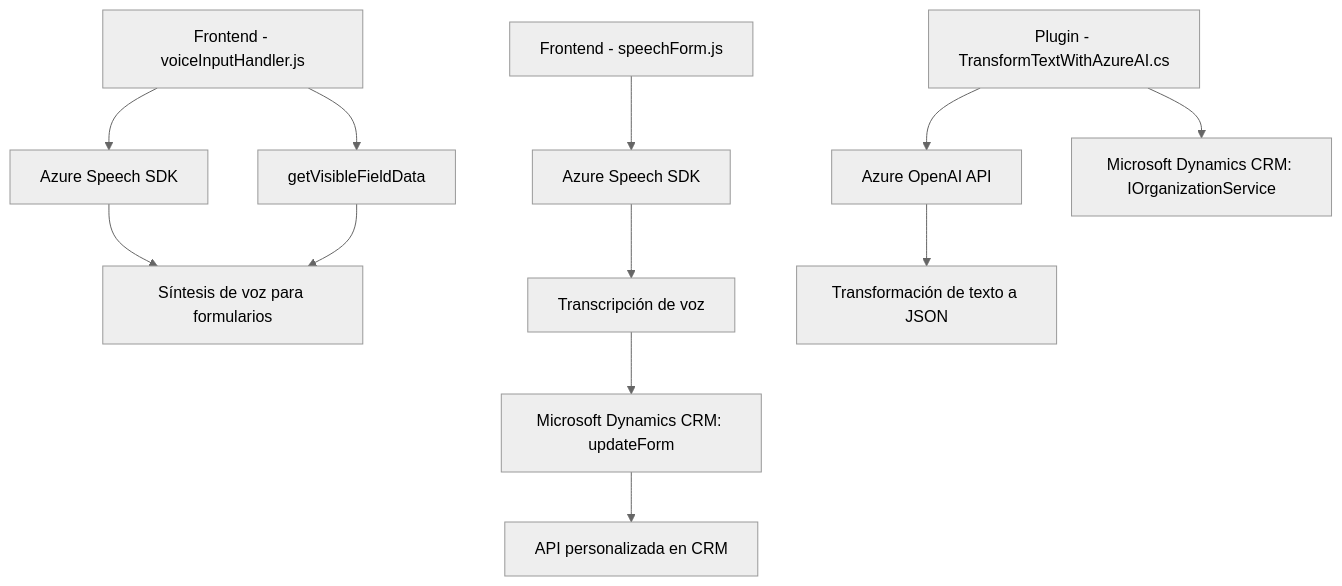
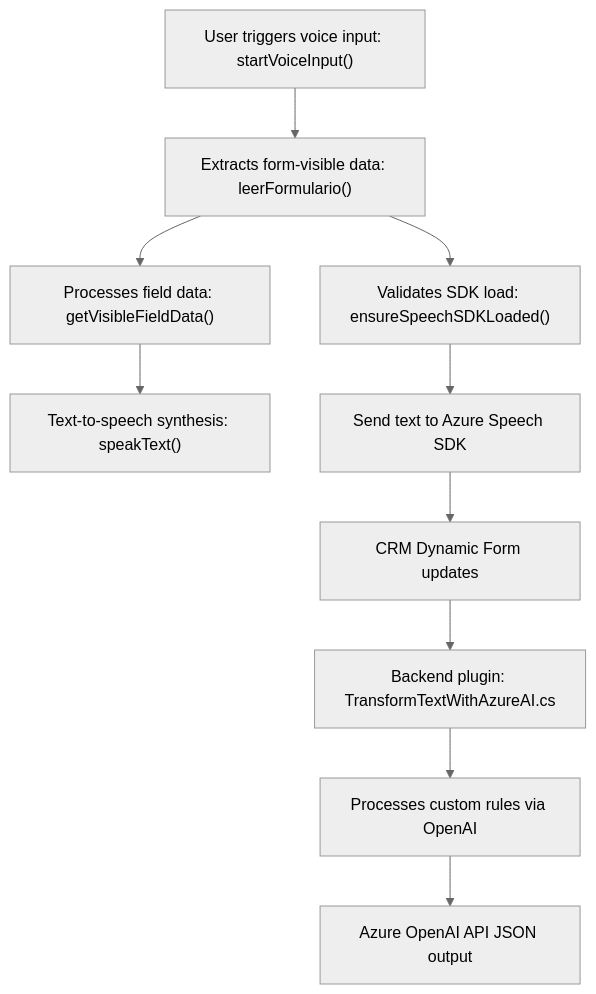
One commit to blopezdm/NETCORE_BILBAO2025 changed the diagram in README.md. Above: the diagram before and after it, drawn with Mermaid (neutral theme). The commit also changed other lines of this file, not shown here.

````diff
--- a/README.md
+++ b/README.md
@@ -51,16 +49,23 @@
 ```mermaid
 graph TD
-  A["Frontend - voiceInputHandler.js"] --> B["Azure Speech SDK"]
-  B --> C["Síntesis de voz para formularios"]
-  A --> D["getVisibleFieldData"]
-  D --> C
+    A["User triggers voice input: startVoiceInput()"]
+    B["Extracts form-visible data: leerFormulario()"]
+    C["Validates SDK load: ensureSpeechSDKLoaded()"]
+    D["Processes field data: getVisibleFieldData()"]
+    E["Text-to-speech synthesis: speakText()"]
+    F["Send text to Azure Speech SDK"]
+    G["CRM Dynamic Form updates"]
+    H["Backend plugin: TransformTextWithAzureAI.cs"]
+    I["Processes custom rules via OpenAI"]
+    J["Azure OpenAI API JSON output"]
 
-  E["Frontend - speechForm.js"] --> F["Azure Speech SDK"]
-  F --> G["Transcripción de voz"]
-  G --> H["Microsoft Dynamics CRM: updateForm"]
-  H --> I["API personalizada en CRM"]
-
-  J["Plugin - TransformTextWithAzureAI.cs"] --> K["Azure OpenAI API"]
-  K --> L["Transformación de texto a JSON"]
-  J --> M["Microsoft Dynamics CRM: IOrganizationService"]
+    A --> B
+    B --> C
+    C --> F
+    B --> D
+    D --> E
+    F --> G
+    G --> H
+    H --> I
+    I --> J
 ```
````
